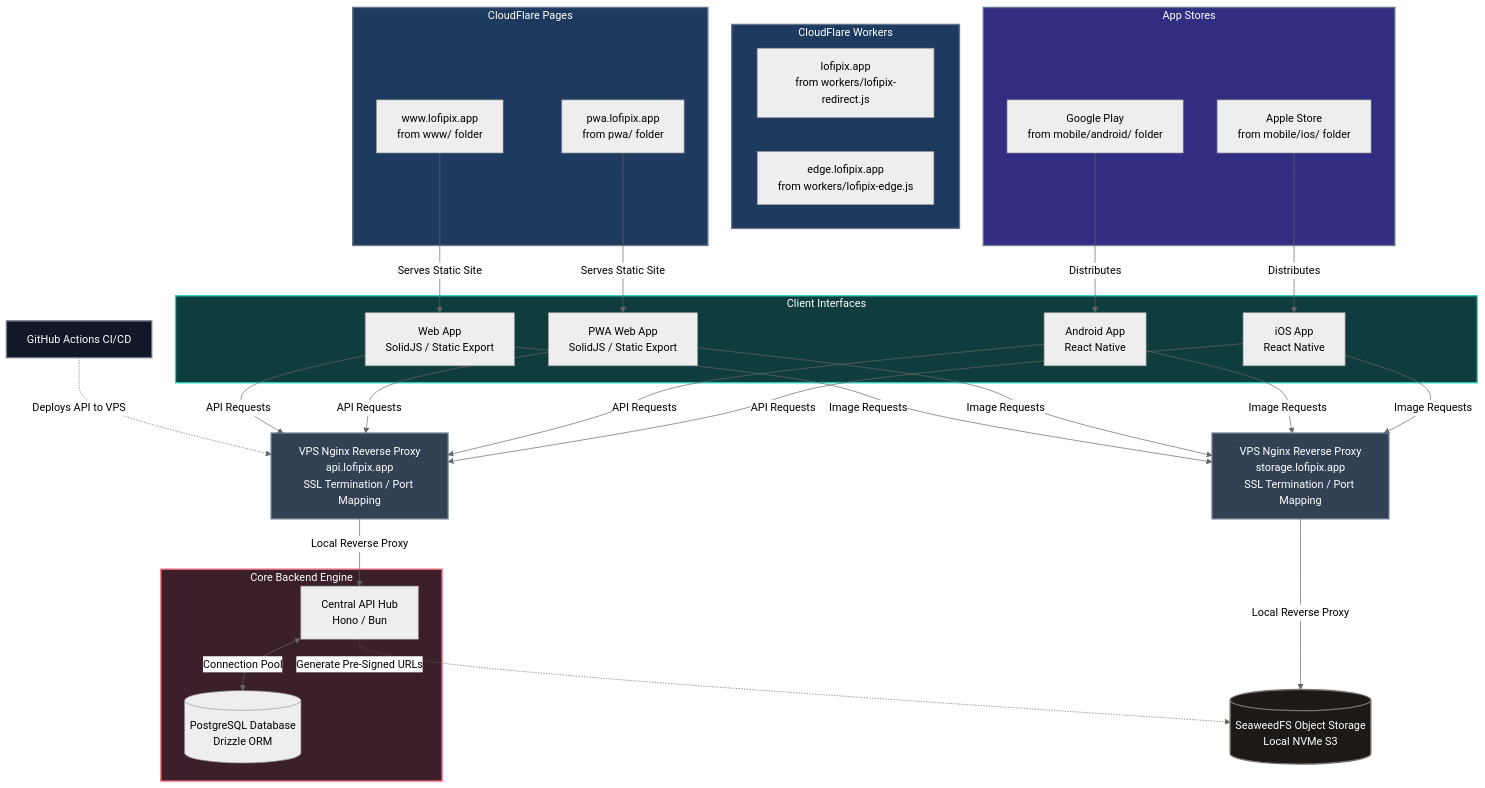
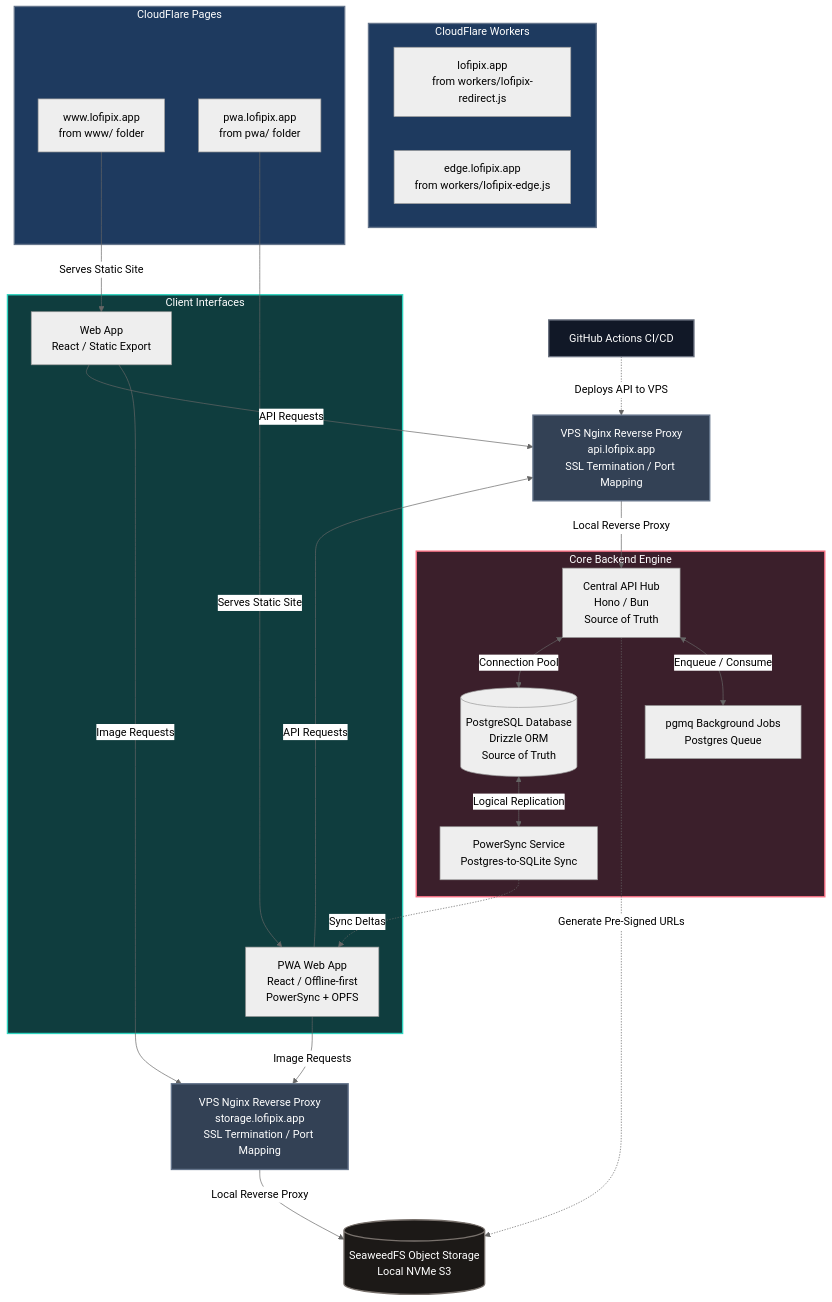
Before and after one commit to pchilton/lofipix: the diagram in README.md, drawn with Mermaid (neutral theme). The commit also changed other lines of this file and 3 other files, not shown here.

Commit message:
working on overall architecture before implementing further

````diff
--- a/README.md
+++ b/README.md
@@ -5,69 +26,63 @@
 ```mermaid
 graph TD
     %% Static Hosting
     subgraph CFWorkers [CloudFlare Workers]
         CFRedirect[lofipix.app<br>from workers/lofipix-redirect.js]
         CFEdge[edge.lofipix.app<br>from workers/lofipix-edge.js]
     end
 
     subgraph CloudFlare [CloudFlare Pages]
         CFWeb[www.lofipix.app<br>from www/ folder]
         CFPWA[pwa.lofipix.app<br>from pwa/ folder]
     end
 
-    %% App Stores
-    subgraph AppStores [App Stores]
-        GooglePlay[Google Play<br>from mobile/android/ folder]
-        AppleStore[Apple Store<br>from mobile/ios/ folder]
-    end
-
     %% Client Tier
     subgraph ClientInterfaces [Client Interfaces]
-        Web[Web App<br>SolidJS / Static Export]
-        PWA[PWA Web App<br>SolidJS / Static Export]
-        Android[Android App<br>React Native]
-        iOS[iOS App<br>React Native]
+        Web[Web App<br>React / Static Export]
+        PWA[PWA Web App<br>React / Offline-first<br>PowerSync + OPFS]
     end
 
     %% Network Entry
     Proxy[VPS Nginx Reverse Proxy<br>api.lofipix.app<br>SSL Termination / Port Mapping]
 
     %% Deployment
     GHA[GitHub Actions CI/CD] -.->|Deploys API to VPS| Proxy
 
     %% Core Services
     subgraph CoreBackend [Core Backend Engine]
-        API[Central API Hub<br>Hono / Bun]
-        DB[(PostgreSQL Database<br>Drizzle ORM)]
+        API[Central API Hub<br>Hono / Bun<br>Source of Truth]
+        DB[(PostgreSQL Database<br>Drizzle ORM<br>Source of Truth)]
+        Sync[PowerSync Service<br>Postgres-to-SQLite Sync]
+        Queue[pgmq Background Jobs<br>Postgres Queue]
     end
 
     StorageProxy[VPS Nginx Reverse Proxy<br>storage.lofipix.app<br>SSL Termination / Port Mapping]
 
     Storage[(SeaweedFS Object Storage<br>Local NVMe S3)]
 
     %% Hosting Routes
     CFWeb -->|Serves Static Site| Web
     CFPWA -->|Serves Static Site| PWA
-    GooglePlay -->|Distributes| Android
-    AppleStore -->|Distributes| iOS
 
     %% Traffic Routes
-    Web & PWA & Android & iOS -->|API Requests| Proxy
-    Web & PWA & Android & iOS -->|Image Requests| StorageProxy
+    Web & PWA -->|API Requests| Proxy
+    Web & PWA -->|Image Requests| StorageProxy
     Proxy -->|Local Reverse Proxy| API
     API <-->|Connection Pool| DB
 
     API -.->|Generate Pre-Signed URLs| Storage
     StorageProxy -->|Local Reverse Proxy| Storage
+    DB <-->|Logical Replication| Sync
+    Sync -.->|Sync Deltas| PWA
+    API <-->|Enqueue / Consume| Queue
 
     %% Layout Classes for Styling
     style CFWorkers fill:#1e3a5f,stroke:#64748b,stroke-width:2px,color:#fff
     style CloudFlare fill:#1e3a5f,stroke:#64748b,stroke-width:2px,color:#fff
-    style AppStores fill:#312e81,stroke:#64748b,stroke-width:2px,color:#fff
     style ClientInterfaces fill:#0f3d3e,stroke:#2dd4bf,stroke-width:2px,color:#fff
     style CoreBackend fill:#3b1f2b,stroke:#fb7185,stroke-width:2px,color:#fff
     style Proxy fill:#334155,stroke:#64748b,stroke-width:2px,color:#fff
     style StorageProxy fill:#334155,stroke:#64748b,stroke-width:2px,color:#fff
     style Storage fill:#1c1917,stroke:#78716c,stroke-width:2px,color:#fff
     style GHA fill:#111827,stroke:#6b7280,stroke-width:2px,color:#fff
 ```
````
